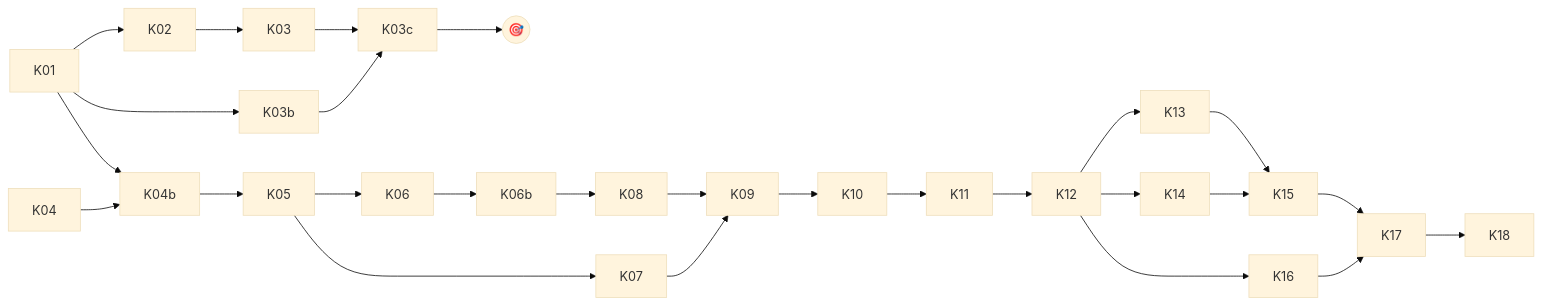
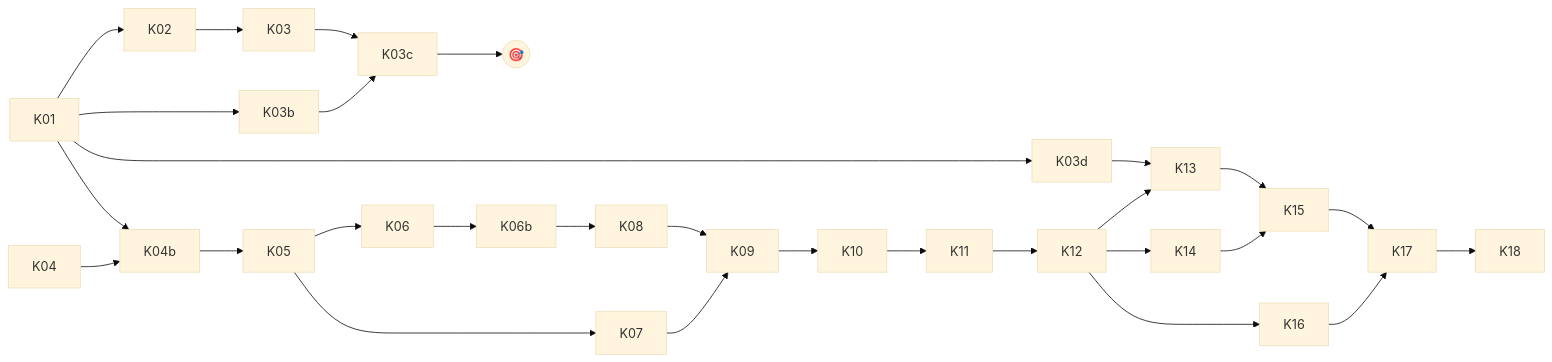
The diagram in PIPELINE_PROMPTS.md (qbolliet/trade-analysis), drawn with Mermaid (base theme) before and after one commit. The commit also changed other lines of this file and 1 other file, not shown here.

Commit message:
fix: architecture + prompts : remove mlflow metrics superset dashboard + use duckdb engine for superset

````diff
--- a/PIPELINE_PROMPTS.md
+++ b/PIPELINE_PROMPTS.md
@@ -64,14 +68,15 @@
 ```mermaid
 flowchart LR
   K01 --> K02 --> K03 --> K03c
   K01 --> K03b --> K03c --> J((🎯))
+  K01 --> K03d --> K13
   K04 --> K04b
   K01 --> K04b --> K05
   K05 --> K06 --> K06b --> K08
   K05 --> K07 --> K09
   K08 --> K09 --> K10 --> K11 --> K12
   K12 --> K13 --> K15
   K12 --> K14 --> K15
   K12 --> K16 --> K17
   K15 --> K17 --> K18
 ```
````
